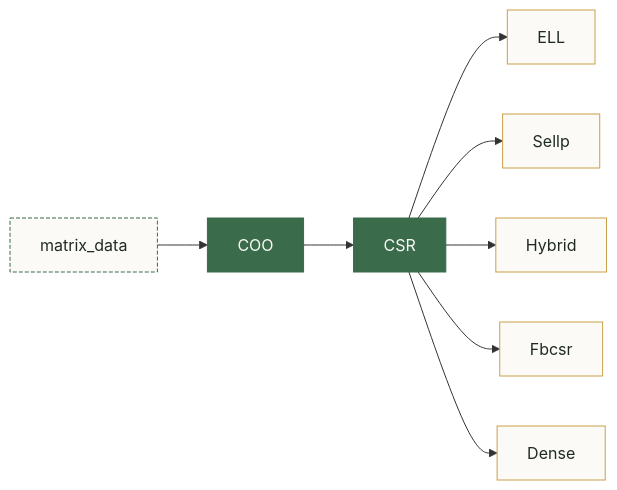
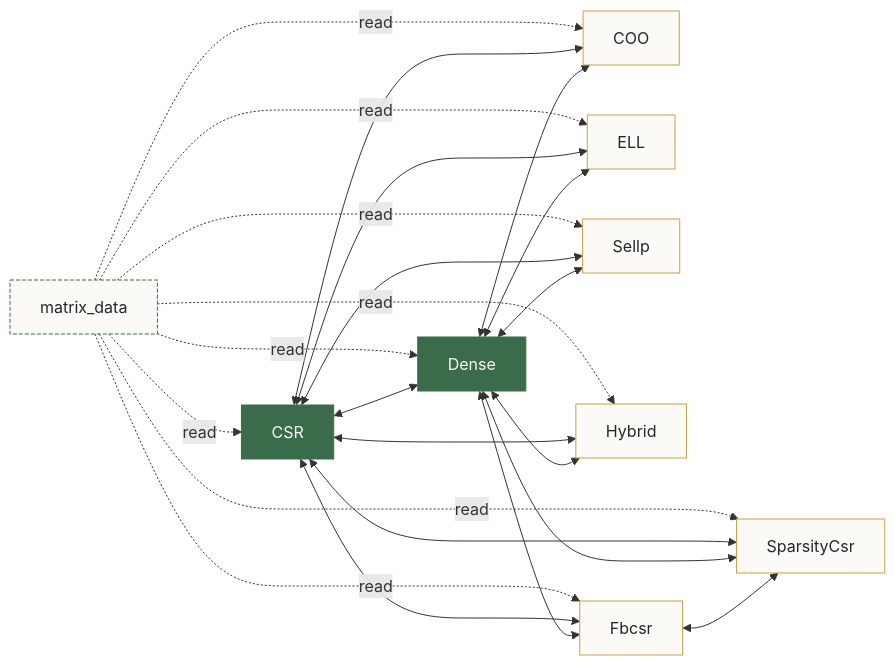
One commit to ginkgo-project/documentation changed the diagram in user-guide/concepts/matrix-formats.md. Above: the diagram before and after it, drawn with Mermaid. The commit also changed other lines of this file and 6 other files, not shown here.

````diff
--- a/user-guide/concepts/matrix-formats.md
+++ b/user-guide/concepts/matrix-formats.md
@@ -55,17 +61,37 @@
 ```{mermaid}
 flowchart LR
-    MD[matrix_data] --> COO
-    COO --> CSR
-    CSR --> ELL
-    CSR --> Sellp
-    CSR --> Hybrid
-    CSR --> Fbcsr
-    CSR --> Dense
+    MD[matrix_data]
+
+    MD -.read.-> CSR
+    MD -.read.-> COO
+    MD -.read.-> ELL
+    MD -.read.-> Sellp
+    MD -.read.-> Hybrid
+    MD -.read.-> Fbcsr
+    MD -.read.-> Dense
+    MD -.read.-> SparsityCsr
+
+    CSR <--> COO
+    CSR <--> ELL
+    CSR <--> Sellp
+    CSR <--> Hybrid
+    CSR <--> Fbcsr
+    CSR <--> SparsityCsr
+    CSR <--> Dense
+
+    Dense <--> COO
+    Dense <--> ELL
+    Dense <--> Sellp
+    Dense <--> Hybrid
+    Dense <--> Fbcsr
+    Dense <--> SparsityCsr
+
+    Fbcsr <--> SparsityCsr
 
     classDef hub fill:#3a6b4a,stroke:#3a6b4a,color:#fbfaf6
     classDef leaf fill:#fbfaf6,stroke:#c9a14a,color:#1f2a24
     classDef src fill:#fbfaf6,stroke:#3a6b4a,color:#1f2a24,stroke-dasharray: 4 2
-    class CSR,COO hub
-    class ELL,Sellp,Hybrid,Fbcsr,Dense leaf
+    class CSR,Dense hub
+    class COO,ELL,Sellp,Hybrid,Fbcsr,SparsityCsr leaf
     class MD src
 ```
````
